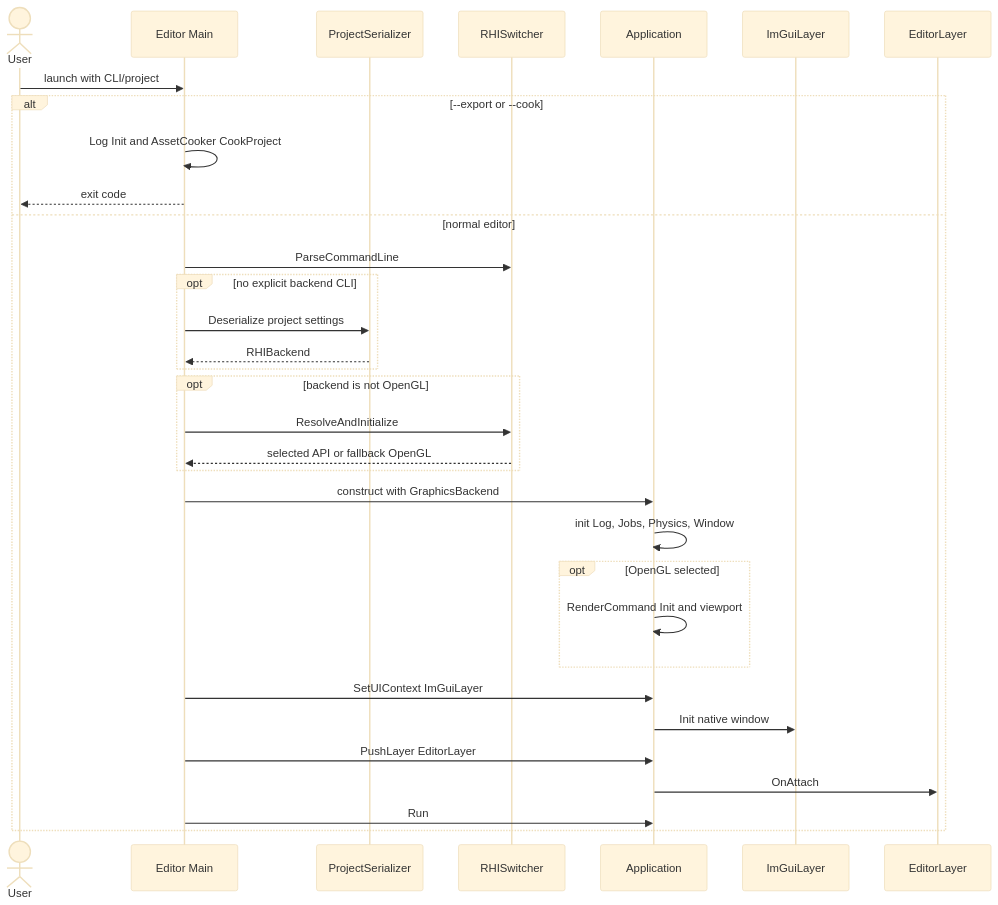
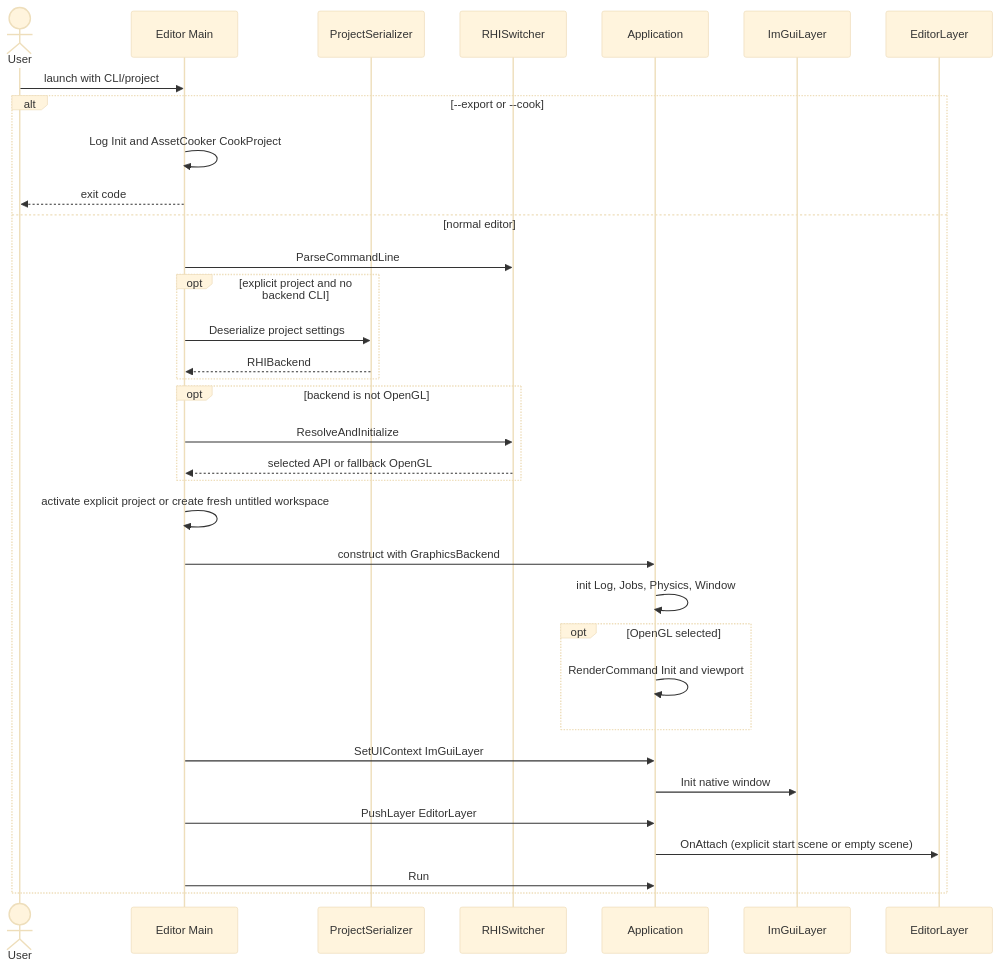
Before and after one commit to nguyenphong0210/AxleEngine: the first of 11 diagrams in docs/architecture/RUNTIME_FLOWS.md, drawn with Mermaid (base theme). The commit also changed other lines of this file and 17 other files, not shown here.

Commit message:
docs(project): document isolated tests and empty Editor startup

````diff
--- a/docs/architecture/RUNTIME_FLOWS.md
+++ b/docs/architecture/RUNTIME_FLOWS.md
@@ -7,35 +7,36 @@
 ```mermaid
 sequenceDiagram
     actor User
     participant Main as Editor Main
     participant Config as ProjectSerializer
     participant Switch as RHISwitcher
     participant App as Application
     participant UI as ImGuiLayer
     participant Layer as EditorLayer
     User->>Main: launch with CLI/project
     alt --export or --cook
         Main->>Main: Log Init and AssetCooker CookProject
         Main-->>User: exit code
     else normal editor
         Main->>Switch: ParseCommandLine
-        opt no explicit backend CLI
+        opt explicit project and no backend CLI
             Main->>Config: Deserialize project settings
             Config-->>Main: RHIBackend
         end
         opt backend is not OpenGL
             Main->>Switch: ResolveAndInitialize
             Switch-->>Main: selected API or fallback OpenGL
         end
+        Main->>Main: activate explicit project or create fresh untitled workspace
         Main->>App: construct with GraphicsBackend
         App->>App: init Log, Jobs, Physics, Window
         opt OpenGL selected
             App->>App: RenderCommand Init and viewport
         end
         Main->>App: SetUIContext ImGuiLayer
         App->>UI: Init native window
         Main->>App: PushLayer EditorLayer
-        App->>Layer: OnAttach
+        App->>Layer: OnAttach (explicit start scene or empty scene)
         Main->>App: Run
     end
 ```
````
